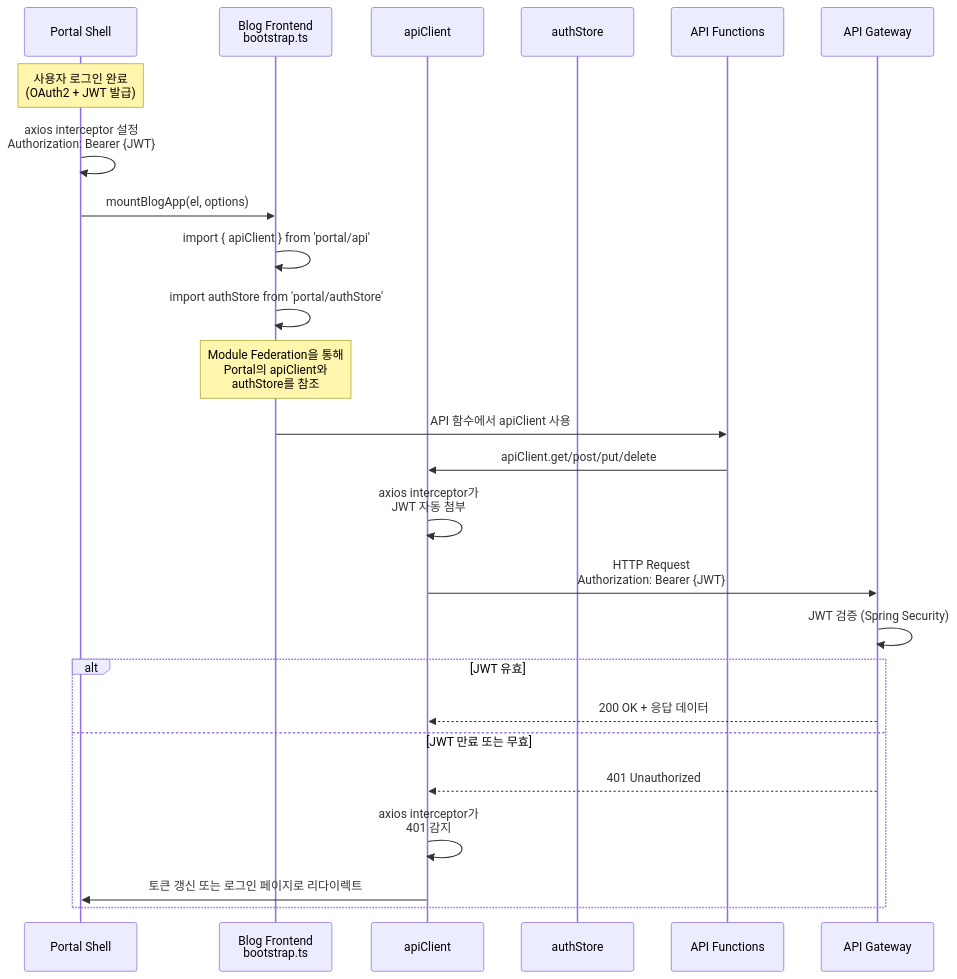
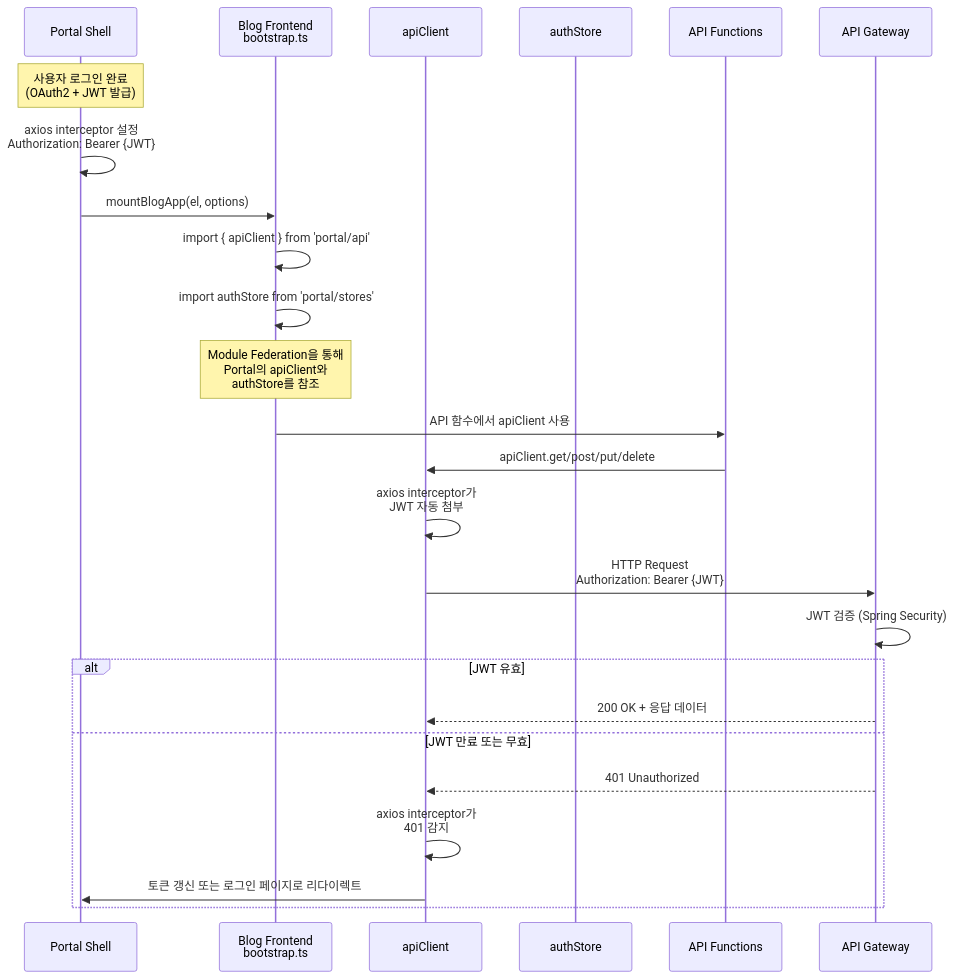
Before and after one commit to L-a-z-e/portal-universe: the eighth of 10 diagrams in frontend/blog-frontend/docs/architecture/data-flow.md, drawn with Mermaid. The commit also changed other lines of this file and 8 other files, not shown here.

````diff
--- a/frontend/blog-frontend/docs/architecture/data-flow.md
+++ b/frontend/blog-frontend/docs/architecture/data-flow.md
@@ -295,28 +295,28 @@
 ```mermaid
 sequenceDiagram
     participant PS as Portal Shell
     participant BS as Blog Frontend<br/>bootstrap.ts
     participant AC as apiClient
     participant AS as authStore
     participant API as API Functions
     participant G as API Gateway
 
     Note over PS: 사용자 로그인 완료<br/>(OAuth2 + JWT 발급)
     PS->>PS: axios interceptor 설정<br/>Authorization: Bearer {JWT}
     PS->>BS: mountBlogApp(el, options)
     BS->>BS: import { apiClient } from 'portal/api'
-    BS->>BS: import authStore from 'portal/authStore'
+    BS->>BS: import authStore from 'portal/stores'
     Note over BS: Module Federation을 통해<br/>Portal의 apiClient와<br/>authStore를 참조
     BS->>API: API 함수에서 apiClient 사용
     API->>AC: apiClient.get/post/put/delete
     AC->>AC: axios interceptor가<br/>JWT 자동 첨부
     AC->>G: HTTP Request<br/>Authorization: Bearer {JWT}
     G->>G: JWT 검증 (Spring Security)
     alt JWT 유효
         G-->>AC: 200 OK + 응답 데이터
     else JWT 만료 또는 무효
         G-->>AC: 401 Unauthorized
         AC->>AC: axios interceptor가<br/>401 감지
         AC->>PS: 토큰 갱신 또는 로그인 페이지로 리다이렉트
     end
 ```
````
